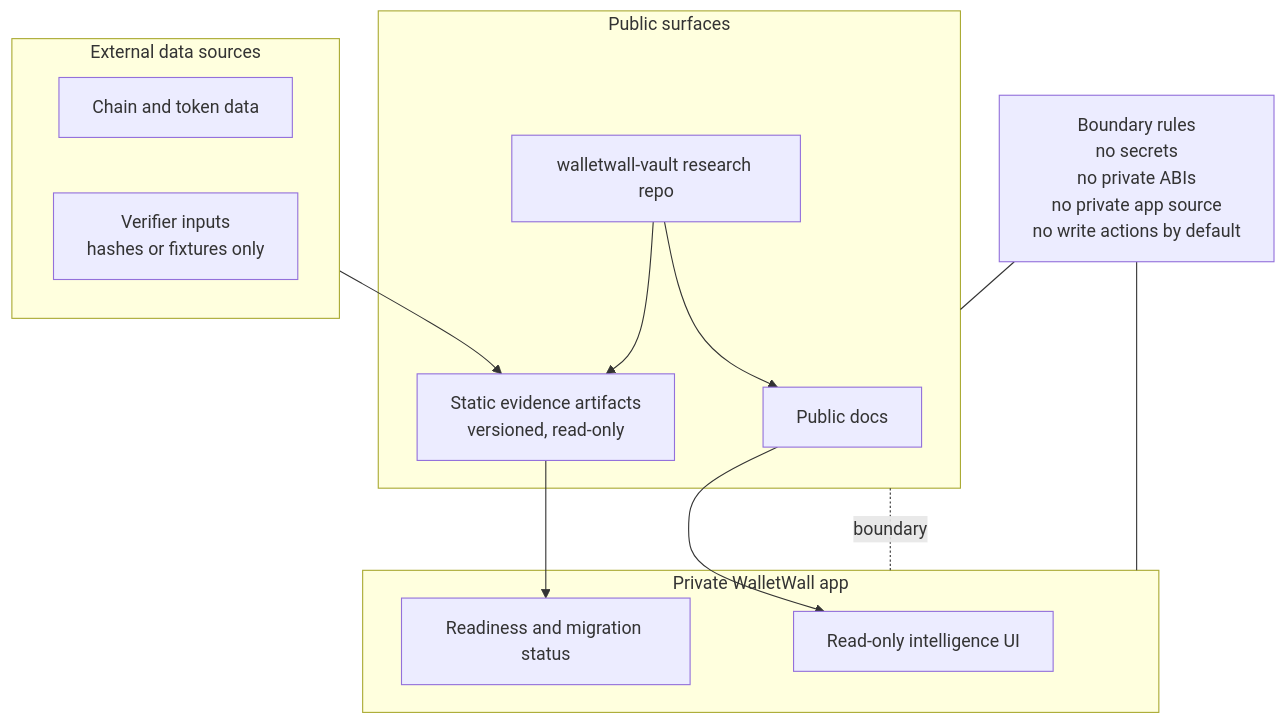
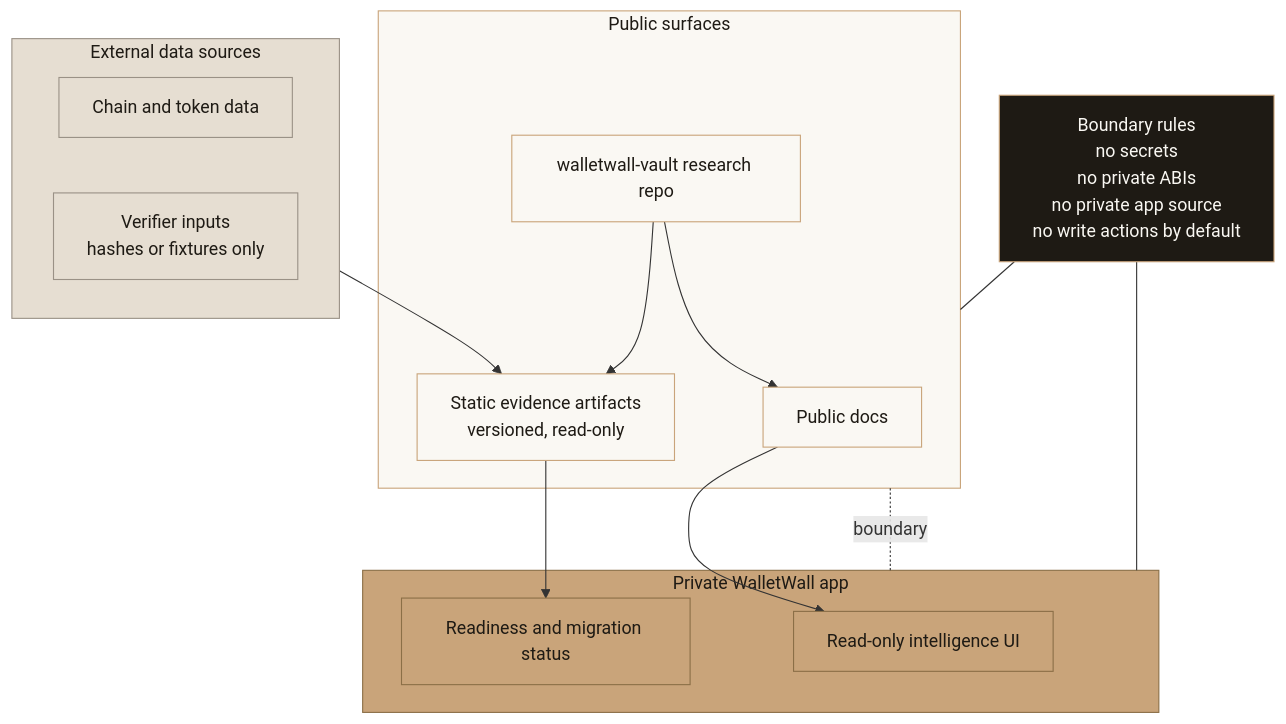
One commit to Wallet-Wall/walletwall-vault changed the second of 3 diagrams in docs/WALLETWALL_APP_BOUNDARY.md. Above: the diagram before and after it, drawn with Mermaid. The commit also changed other lines of this file and 8 other files, not shown here.

Commit message:
docs: add WalletWall Mermaid colors (#136)

````diff
--- a/docs/WALLETWALL_APP_BOUNDARY.md
+++ b/docs/WALLETWALL_APP_BOUNDARY.md
@@ -65,29 +74,43 @@
 ```mermaid
 flowchart TB
     subgraph Public["Public surfaces"]
         PublicDocs[Public docs]
         VaultRepo[walletwall-vault research repo]
         StaticEvidence[Static evidence artifacts\nversioned, read-only]
     end
 
     subgraph External["External data sources"]
         ChainData[Chain and token data]
         VerifierInputs[Verifier inputs\nhashes or fixtures only]
     end
 
     subgraph Private["Private WalletWall app"]
         AppUI[Read-only intelligence UI]
         AppReadiness[Readiness and migration status]
     end
 
     External --> StaticEvidence
     VaultRepo --> StaticEvidence
     StaticEvidence --> AppReadiness
     PublicDocs --> AppUI
     VaultRepo --> PublicDocs
 
     Private -. boundary .- Public
     Boundary[Boundary rules\nno secrets\nno private ABIs\nno private app source\nno write actions by default]
     Boundary --- Public
     Boundary --- Private
+
+    classDef wwPrimary fill:#BF4E32,stroke:#8B3120,color:#FAF8F3,stroke-width:1px;
+    classDef wwSecondary fill:#C9A47A,stroke:#8B6F47,color:#1E1A14,stroke-width:1px;
+    classDef wwLight fill:#FAF8F3,stroke:#C9A47A,color:#1E1A14,stroke-width:1px;
+    classDef wwMuted fill:#E6DED2,stroke:#9A9186,color:#1E1A14,stroke-width:1px;
+    classDef wwBoundary fill:#1E1A14,stroke:#C9A47A,color:#FAF8F3,stroke-width:1px;
+    class PublicDocs,VaultRepo,StaticEvidence wwLight;
+    class ChainData,VerifierInputs wwMuted;
+    class AppUI,AppReadiness wwSecondary;
+    class Boundary wwBoundary;
+
+    style Public fill:#FAF8F3,stroke:#C9A47A,color:#1E1A14,stroke-width:1px;
+    style External fill:#E6DED2,stroke:#9A9186,color:#1E1A14,stroke-width:1px;
+    style Private fill:#C9A47A,stroke:#8B6F47,color:#1E1A14,stroke-width:1px;
 ```
````
